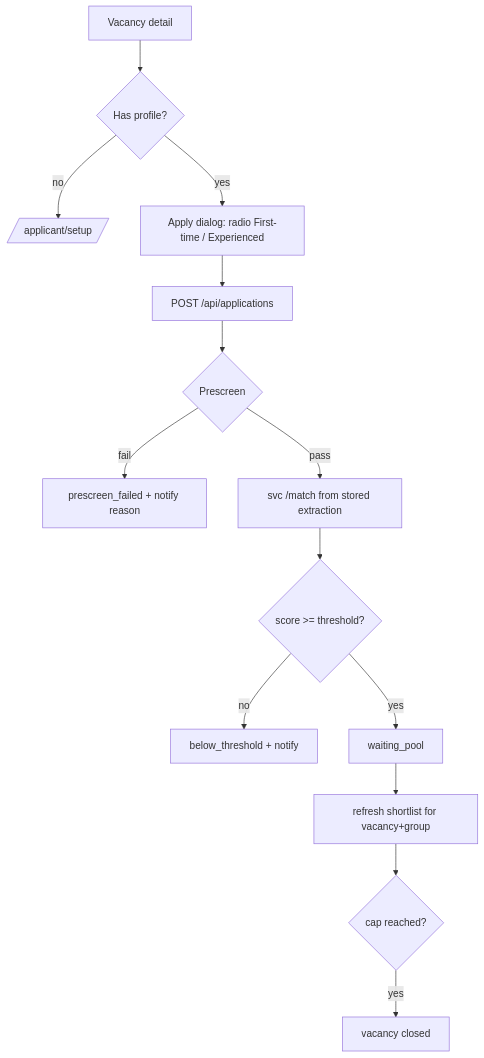
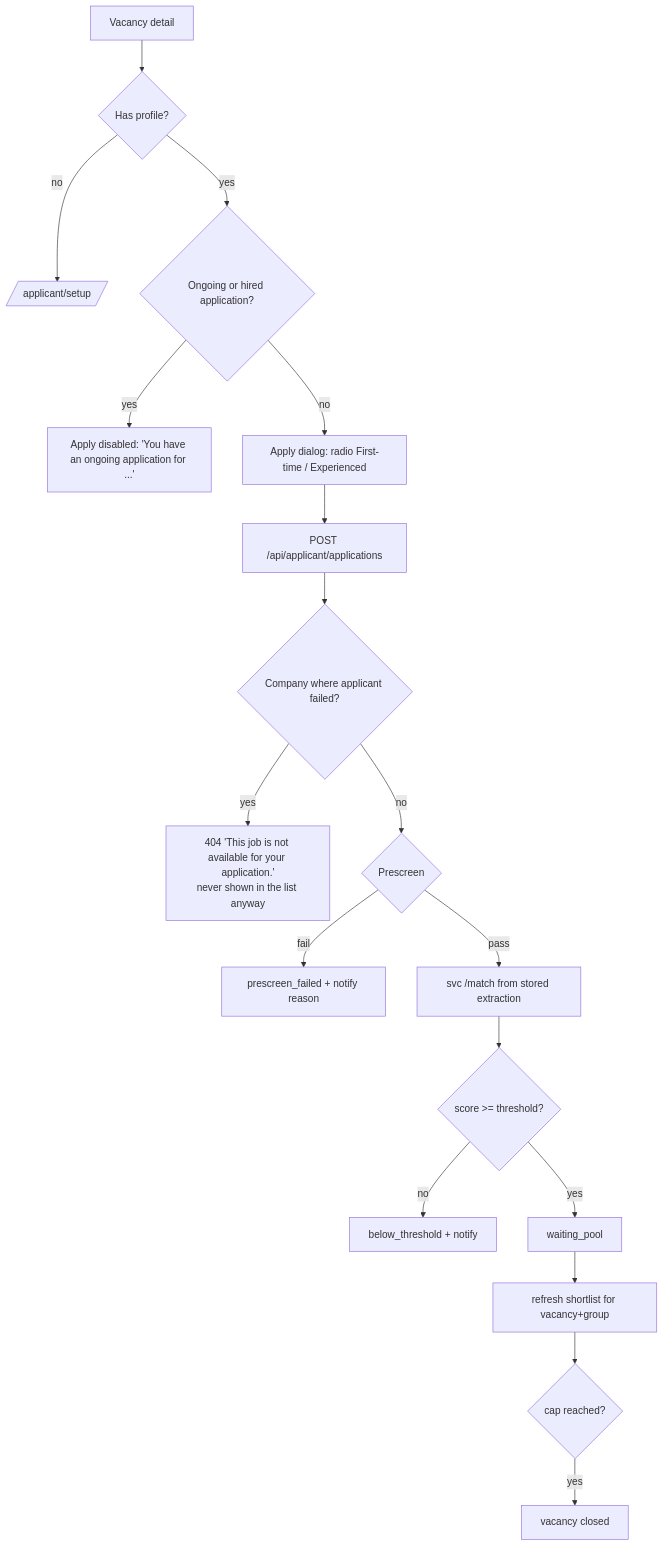
One commit to Aenyxxx/VERA changed the third of 6 diagrams in docs/APP_FLOW.md. Above: the diagram before and after it, drawn with Mermaid. The commit also changed other lines of this file and 32 other files, not shown here.

First line of the commit message:
feat(apply): S11b one ongoing application, company block (BR-17..BR-20, FR-APP-08/09)

````diff
--- a/docs/APP_FLOW.md
+++ b/docs/APP_FLOW.md
@@ -98,16 +99,20 @@
 ```mermaid
 flowchart TD
   V[Vacancy detail] --> P{Has profile?}
   P -- no --> S[/applicant/setup/]
-  P -- yes --> R[Apply dialog: radio First-time / Experienced]
-  R --> X[POST /api/applications]
-  X --> PS{Prescreen}
+  P -- yes --> O{Ongoing or hired application?}
+  O -- yes --> OB[Apply disabled: 'You have an ongoing application for ...']
+  O -- no --> R[Apply dialog: radio First-time / Experienced]
+  R --> X[POST /api/applicant/applications]
+  X --> FC{Company where applicant failed?}
+  FC -- yes --> NA[404 'This job is not available for your application.'<br/>never shown in the list anyway]
+  FC -- no --> PS{Prescreen}
   PS -- fail --> F1[prescreen_failed + notify reason]
   PS -- pass --> M[svc /match from stored extraction]
   M --> T{score >= threshold?}
   T -- no --> F2[below_threshold + notify]
   T -- yes --> WP[waiting_pool]
   WP --> SR[refresh shortlist for vacancy+group]
   SR --> CAP{cap reached?}
   CAP -- yes --> CL[vacancy closed]
 ```
````
